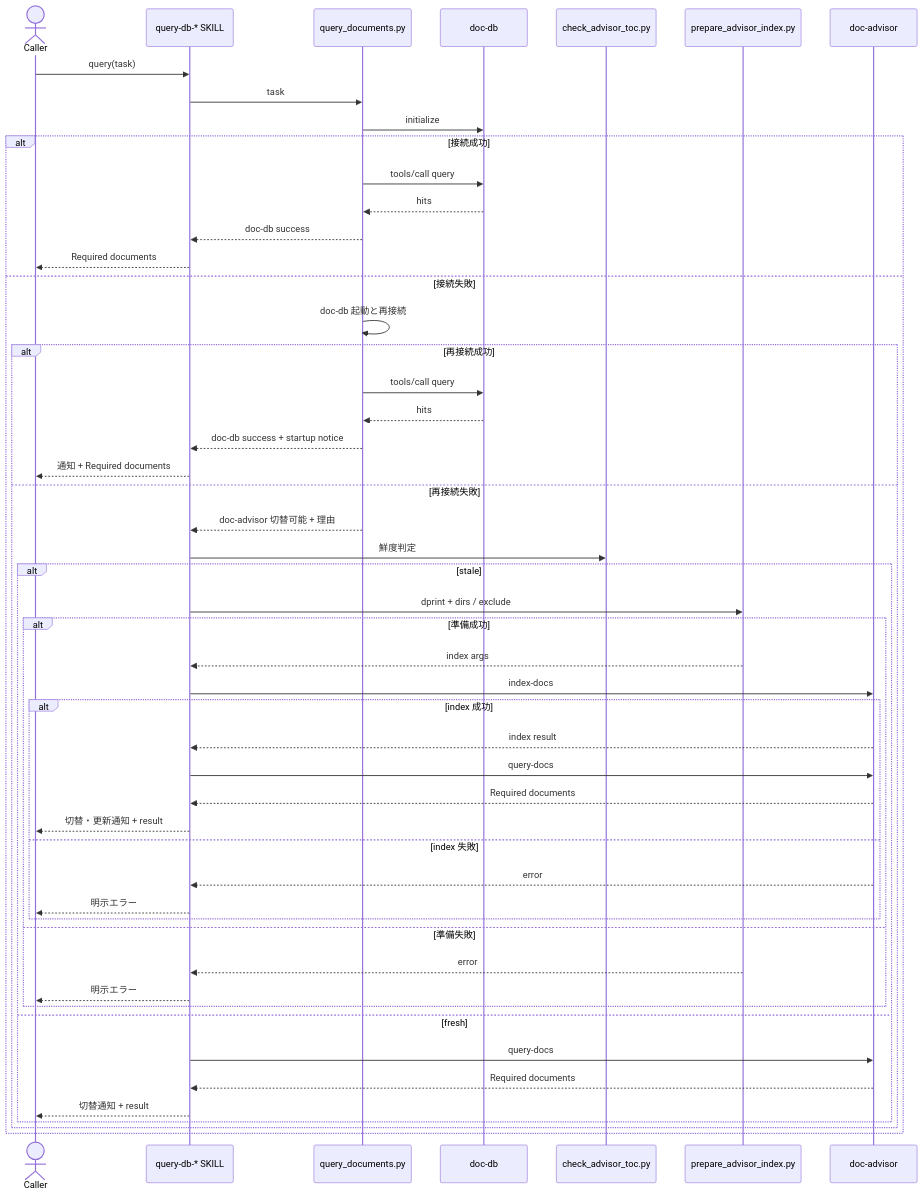
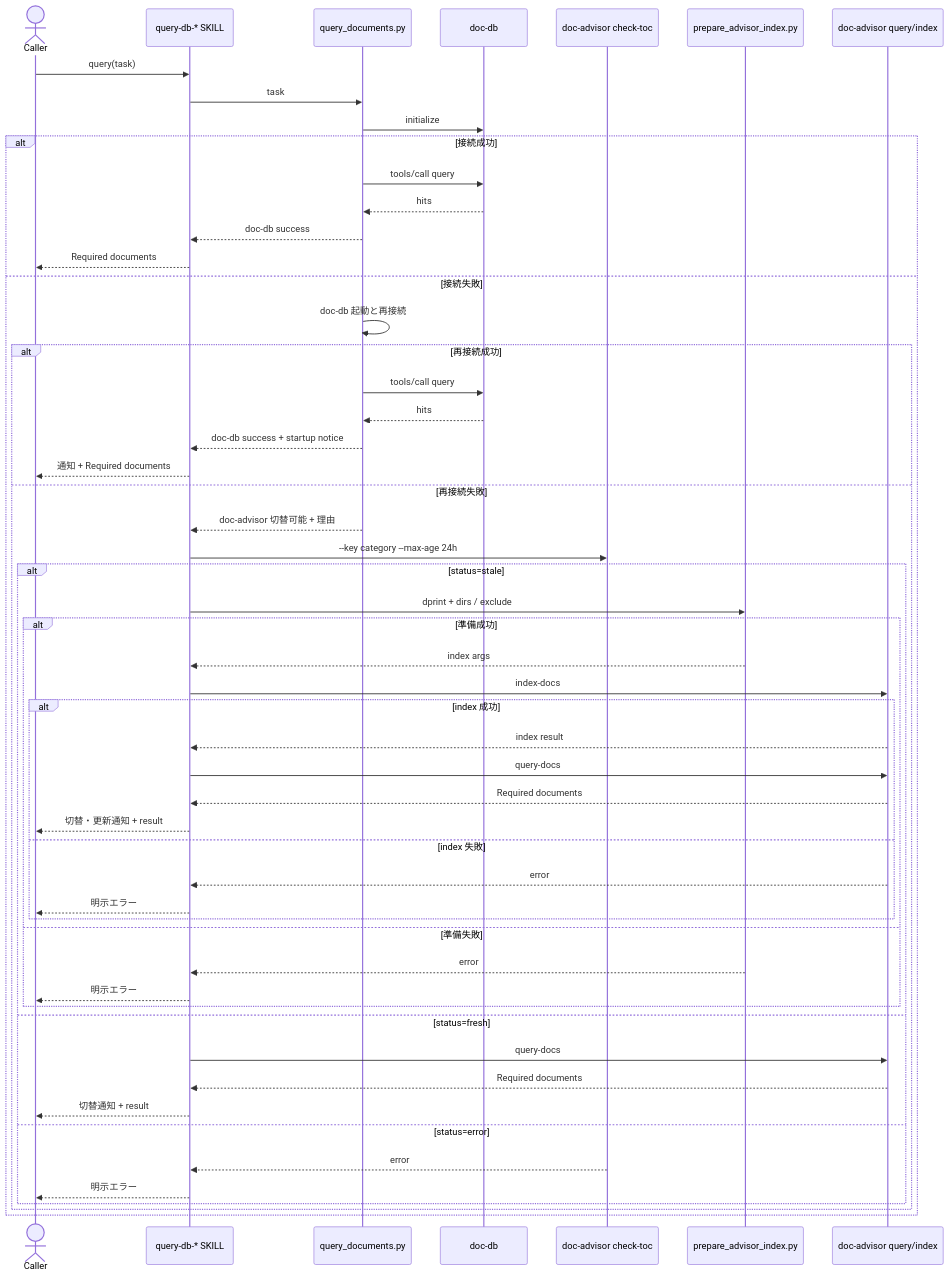
The second of 3 diagrams in docs/specs/doc-db/design/DES-057_doc_db_backend_selection_design.md (BlueEventHorizon/bw-cc-plugins), drawn with Mermaid before and after one commit. The commit also changed other lines of this file and 1 other file, not shown here.

Commit message:
docs: delegate ToC freshness check to doc-advisor check-toc

````diff
--- a/docs/specs/doc-db/design/DES-057_doc_db_backend_selection_design.md
+++ b/docs/specs/doc-db/design/DES-057_doc_db_backend_selection_design.md
@@ -272,54 +293,57 @@
 ```mermaid
 sequenceDiagram
     actor Caller
     participant Skill as query-db-* SKILL
     participant Script as query_documents.py
     participant DB as doc-db
-    participant Toc as check_advisor_toc.py
+    participant CheckToc as doc-advisor check-toc
     participant Prepare as prepare_advisor_index.py
-    participant Advisor as doc-advisor
+    participant Advisor as doc-advisor query/index
 
     Caller->>Skill: query(task)
     Skill->>Script: task
     Script->>DB: initialize
     alt 接続成功
         Script->>DB: tools/call query
         DB-->>Script: hits
         Script-->>Skill: doc-db success
         Skill-->>Caller: Required documents
     else 接続失敗
         Script->>Script: doc-db 起動と再接続
         alt 再接続成功
             Script->>DB: tools/call query
             DB-->>Script: hits
             Script-->>Skill: doc-db success + startup notice
             Skill-->>Caller: 通知 + Required documents
         else 再接続失敗
             Script-->>Skill: doc-advisor 切替可能 + 理由
-            Skill->>Toc: 鮮度判定
-            alt stale
+            Skill->>CheckToc: --key category --max-age 24h
+            alt status=stale
                 Skill->>Prepare: dprint + dirs / exclude
                 alt 準備成功
                     Prepare-->>Skill: index args
                     Skill->>Advisor: index-docs
                     alt index 成功
                         Advisor-->>Skill: index result
                         Skill->>Advisor: query-docs
                         Advisor-->>Skill: Required documents
                         Skill-->>Caller: 切替・更新通知 + result
                     else index 失敗
                         Advisor-->>Skill: error
                         Skill-->>Caller: 明示エラー
                     end
                 else 準備失敗
                     Prepare-->>Skill: error
                     Skill-->>Caller: 明示エラー
                 end
-            else fresh
+            else status=fresh
                 Skill->>Advisor: query-docs
                 Advisor-->>Skill: Required documents
                 Skill-->>Caller: 切替通知 + result
+            else status=error
+                CheckToc-->>Skill: error
+                Skill-->>Caller: 明示エラー
             end
         end
     end
 ```
````
